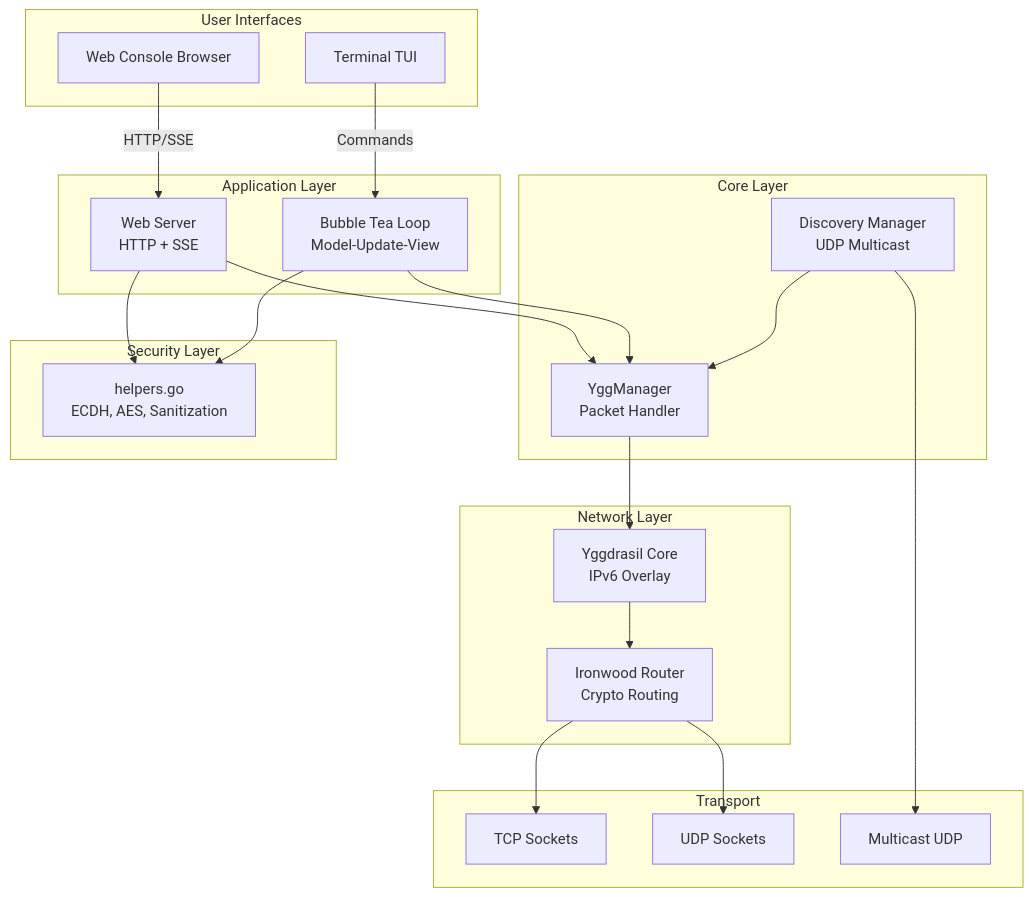
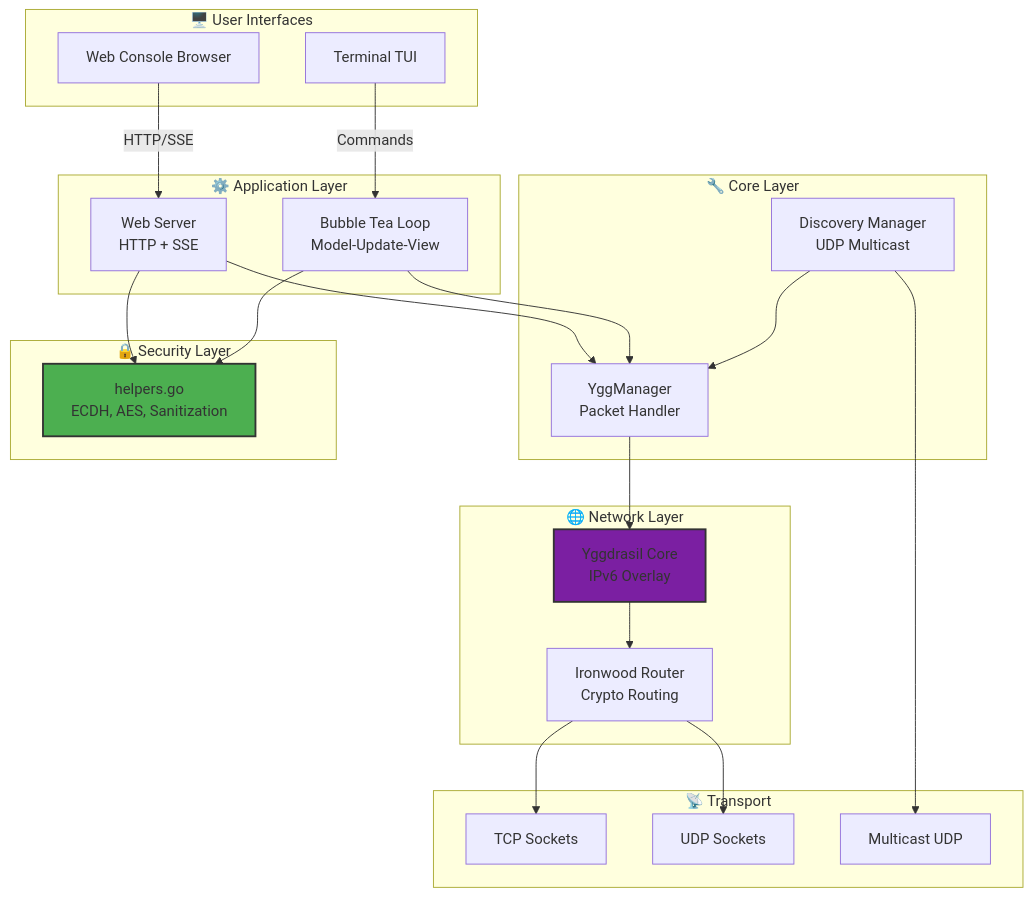
One commit to amafjarkasi/yggchat changed the fifth of 9 diagrams in README.md. Above: the diagram before and after it, drawn with Mermaid. The commit also changed other lines of this file, not shown here.

````diff
--- a/README.md
+++ b/README.md
@@ -323,45 +349,48 @@
 ```mermaid
 graph TB
-    subgraph "User Interfaces"
+    subgraph "🖥️ User Interfaces"
         WEB[Web Console Browser]
         TUI[Terminal TUI]
     end
     
-    subgraph "Application Layer"
+    subgraph "⚙️ Application Layer"
         WS[Web Server<br/>HTTP + SSE]
         BT[Bubble Tea Loop<br/>Model-Update-View]
     end
     
-    subgraph "Core Layer"
+    subgraph "🔧 Core Layer"
         YM[YggManager<br/>Packet Handler]
         DM[Discovery Manager<br/>UDP Multicast]
     end
     
-    subgraph "Security Layer"
+    subgraph "🔒 Security Layer"
         HELP[helpers.go<br/>ECDH, AES, Sanitization]
     end
     
-    subgraph "Network Layer"
+    subgraph "🌐 Network Layer"
         YC[Yggdrasil Core<br/>IPv6 Overlay]
         IR[Ironwood Router<br/>Crypto Routing]
     end
     
-    subgraph "Transport"
+    subgraph "📡 Transport"
         TCP[TCP Sockets]
         UDP[UDP Sockets]
         MC[Multicast UDP]
     end
     
     WEB -->|HTTP/SSE| WS
     TUI -->|Commands| BT
     WS --> YM
     BT --> YM
     WS --> HELP
     BT --> HELP
     YM --> YC
     DM --> MC
     YC --> IR
     IR --> TCP
     IR --> UDP
     DM --> YM
+    
+    style HELP fill:#4CAF50,stroke:#333,stroke-width:2px
+    style YC fill:#7B1FA2,stroke:#333,stroke-width:2px
 ```
````
